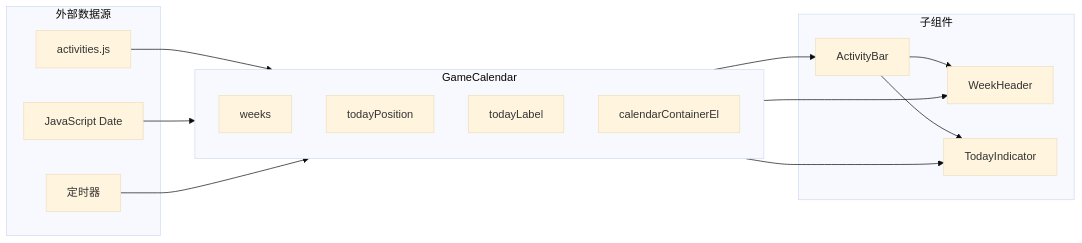
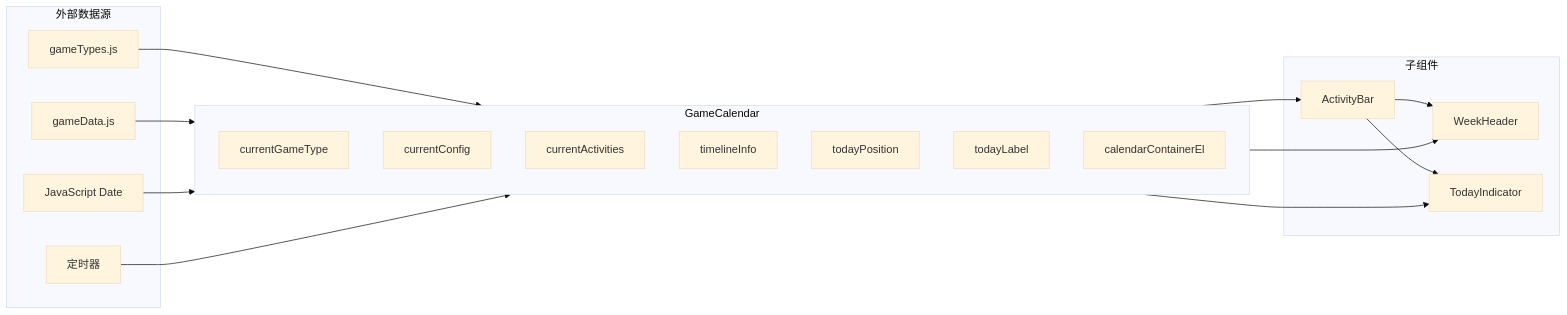
The tenth of 10 diagrams in .qoder/repowiki/zh/content/核心组件/GameCalendar 主容器组件.md (xuanyulingnfeg/gameCalendar), drawn with Mermaid (base theme) before and after one commit. The commit also changed other lines of this file and 5 other files, not shown here.

````diff
--- a/.qoder/repowiki/zh/content/核心组件/GameCalendar 主容器组件.md
+++ b/.qoder/repowiki/zh/content/核心组件/GameCalendar 主容器组件.md
@@ -421,27 +414,32 @@
 ```mermaid
 flowchart LR
 subgraph "外部数据源"
-ActivitiesConfig[activities.js]
+GameTypesConfig[gameTypes.js]
+GameDataConfig[gameData.js]
 DateObject[JavaScript Date]
 Timer[定时器]
 end
 subgraph "GameCalendar"
-WeeksData[weeks]
-PositionData[todayPosition]
-LabelData[todayLabel]
+CurrentGameType[currentGameType]
+CurrentConfig[currentConfig]
+CurrentActivities[currentActivities]
+TimelineInfo[timelineInfo]
+TodayPosition[todayPosition]
+TodayLabel[todayLabel]
 ContainerRef[calendarContainerEl]
 end
 subgraph "子组件"
 WeekHeader[WeekHeader]
 TodayIndicator[TodayIndicator]
 ActivityBar[ActivityBar]
 end
-ActivitiesConfig --> GameCalendar
+GameTypesConfig --> GameCalendar
+GameDataConfig --> GameCalendar
 DateObject --> GameCalendar
 Timer --> GameCalendar
 GameCalendar --> WeekHeader
 GameCalendar --> TodayIndicator
 GameCalendar --> ActivityBar
 ActivityBar --> WeekHeader
 ActivityBar --> TodayIndicator
 ```
````
